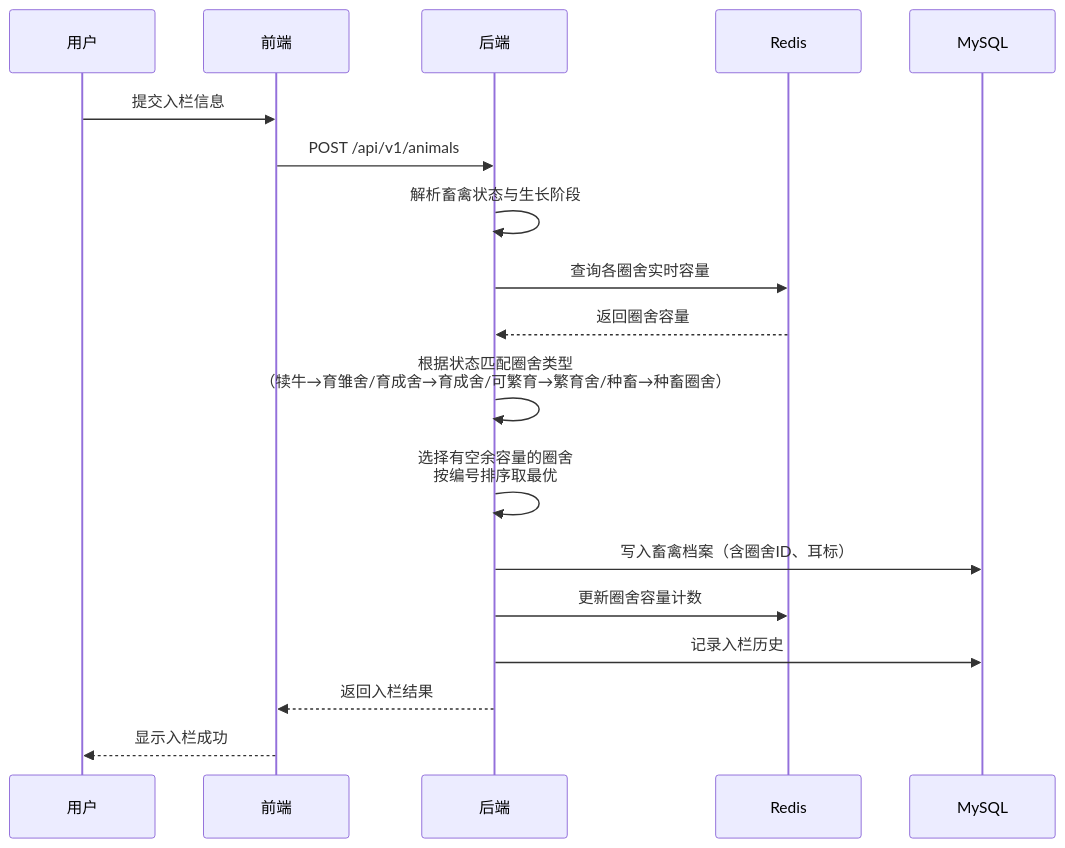
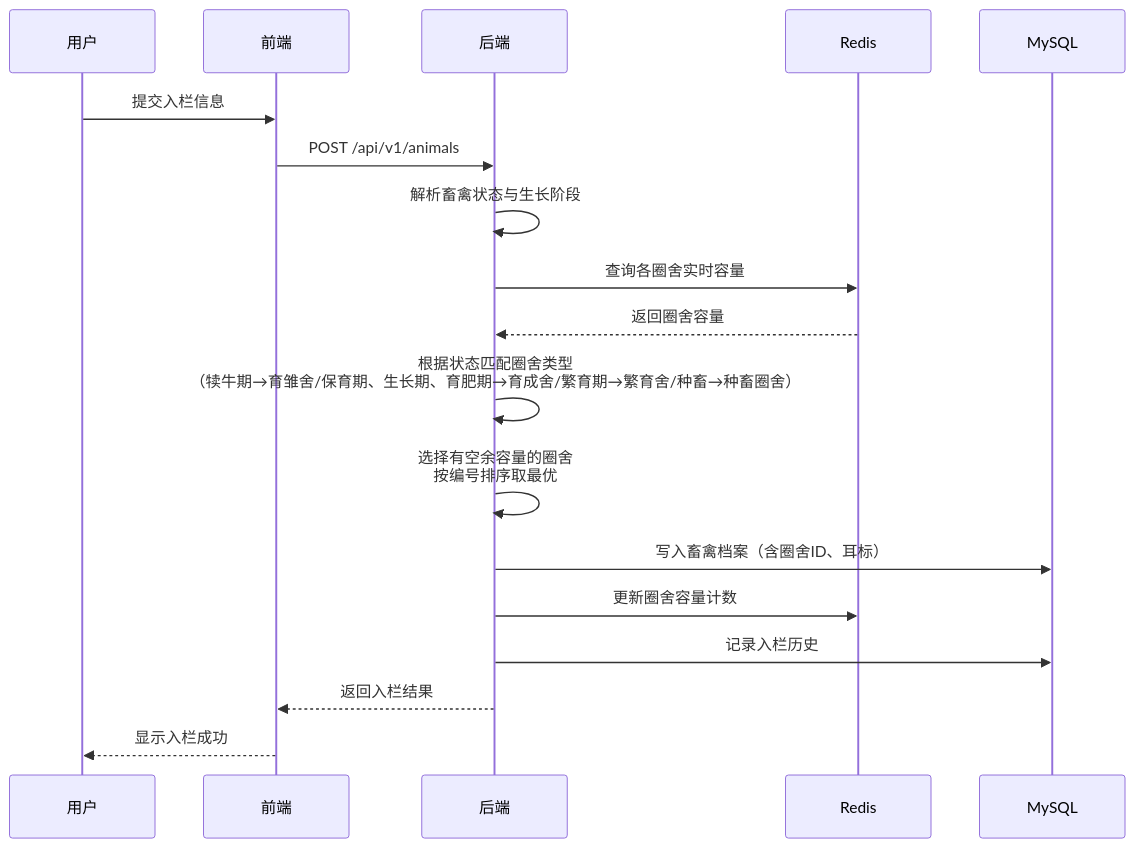
Before and after one commit to KeepRising-l/livestockBreedingSystem: the sixth of 9 diagrams in docs/HDD-智能养殖信息管理系统.md, drawn with Mermaid. The commit also changed other lines of this file and 5 other files, not shown here.

````diff
--- a/docs/HDD-智能养殖信息管理系统.md
+++ b/docs/HDD-智能养殖信息管理系统.md
@@ -821,21 +818,21 @@
 ```mermaid
 sequenceDiagram
     participant U as 用户
     participant F as 前端
     participant B as 后端
     participant R as Redis
     participant D as MySQL
 
     U->>F: 提交入栏信息
     F->>B: POST /api/v1/animals
     B->>B: 解析畜禽状态与生长阶段
     B->>R: 查询各圈舍实时容量
     R-->>B: 返回圈舍容量
-    B->>B: 根据状态匹配圈舍类型<br/>（犊牛→育雏舍/育成舍→育成舍/可繁育→繁育舍/种畜→种畜圈舍）
+    B->>B: 根据状态匹配圈舍类型<br/>（犊牛期→育雏舍/保育期、生长期、育肥期→育成舍/繁育期→繁育舍/种畜→种畜圈舍）
     B->>B: 选择有空余容量的圈舍<br/>按编号排序取最优
     B->>D: 写入畜禽档案（含圈舍ID、耳标）
     B->>R: 更新圈舍容量计数
     B->>D: 记录入栏历史
     B-->>F: 返回入栏结果
     F-->>U: 显示入栏成功
 ```
````
